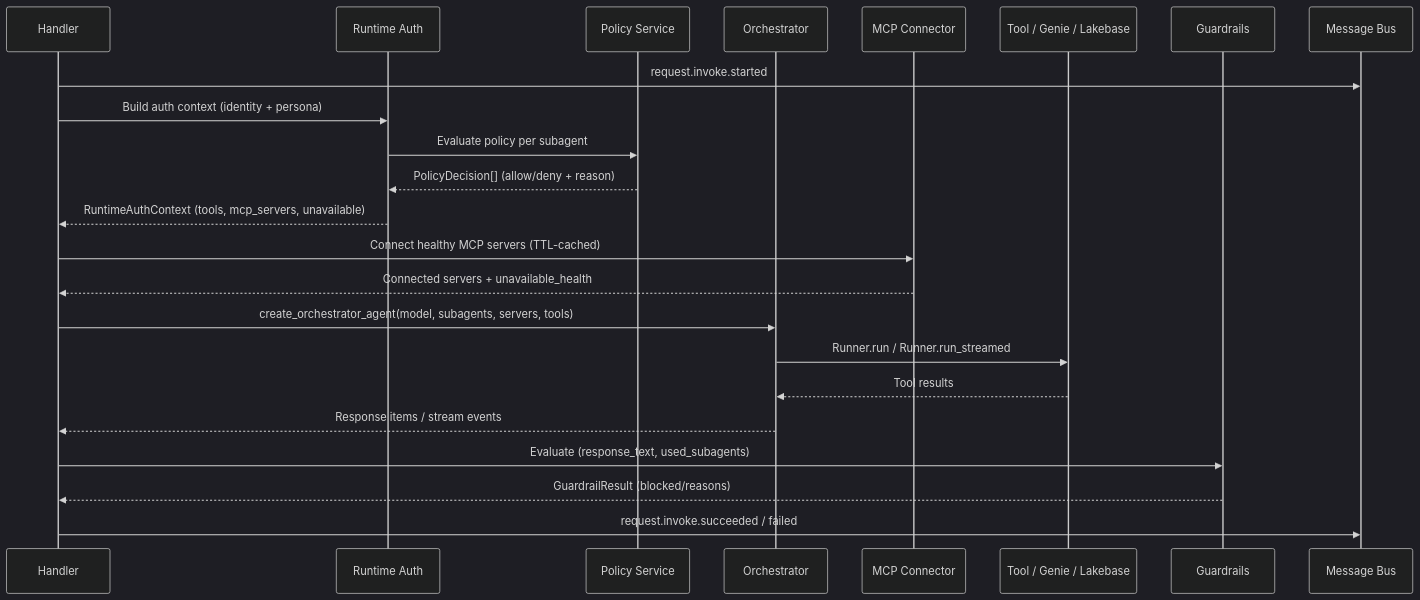
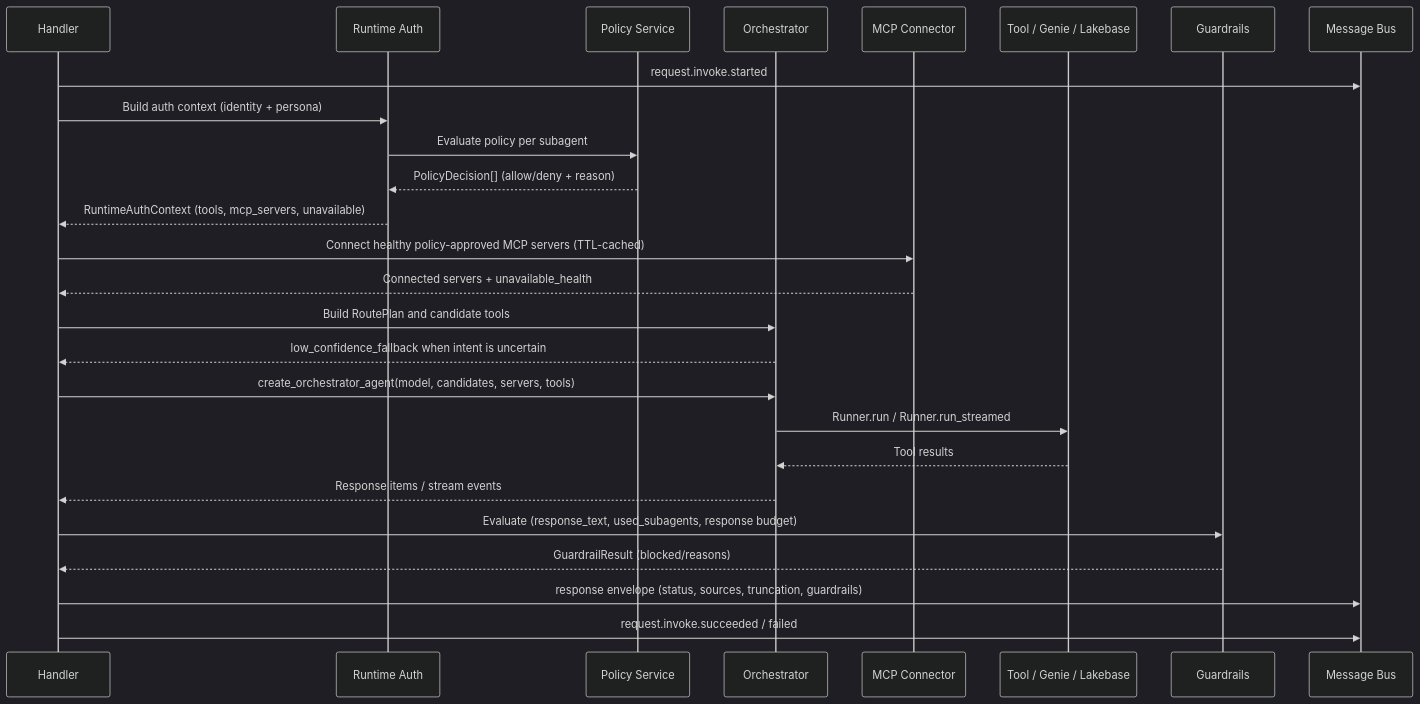
Before and after one commit to wchen-dea/Governed-Multi-Agent-Intelligence-on-Databricks: the second of 7 diagrams in docs/architecture/design-artifacts/04-logical-detailed.md, drawn with Mermaid (dark theme). The commit also changed other lines of this file and 33 other files, not shown here.

````diff
--- a/docs/architecture/design-artifacts/04-logical-detailed.md
+++ b/docs/architecture/design-artifacts/04-logical-detailed.md
@@ -30,26 +31,29 @@
 ```mermaid
 sequenceDiagram
     participant H as Handler
     participant RA as Runtime Auth
     participant POL as Policy Service
     participant OR as Orchestrator
     participant MCP as MCP Connector
     participant TS as Tool / Genie / Lakebase
     participant GR as Guardrails
     participant MB as Message Bus
 
     H->>MB: request.invoke.started
     H->>RA: Build auth context (identity + persona)
     RA->>POL: Evaluate policy per subagent
     POL-->>RA: PolicyDecision[] (allow/deny + reason)
     RA-->>H: RuntimeAuthContext (tools, mcp_servers, unavailable)
-    H->>MCP: Connect healthy MCP servers (TTL-cached)
+    H->>MCP: Connect healthy policy-approved MCP servers (TTL-cached)
     MCP-->>H: Connected servers + unavailable_health
-    H->>OR: create_orchestrator_agent(model, subagents, servers, tools)
+    H->>OR: Build RoutePlan and candidate tools
+    OR-->>H: low_confidence_fallback when intent is uncertain
+    H->>OR: create_orchestrator_agent(model, candidates, servers, tools)
     OR->>TS: Runner.run / Runner.run_streamed
     TS-->>OR: Tool results
     OR-->>H: Response items / stream events
-    H->>GR: Evaluate (response_text, used_subagents)
+    H->>GR: Evaluate (response_text, used_subagents, response budget)
     GR-->>H: GuardrailResult (blocked/reasons)
+    H->>MB: response envelope (status, sources, truncation, guardrails)
     H->>MB: request.invoke.succeeded / failed
 ```
````
